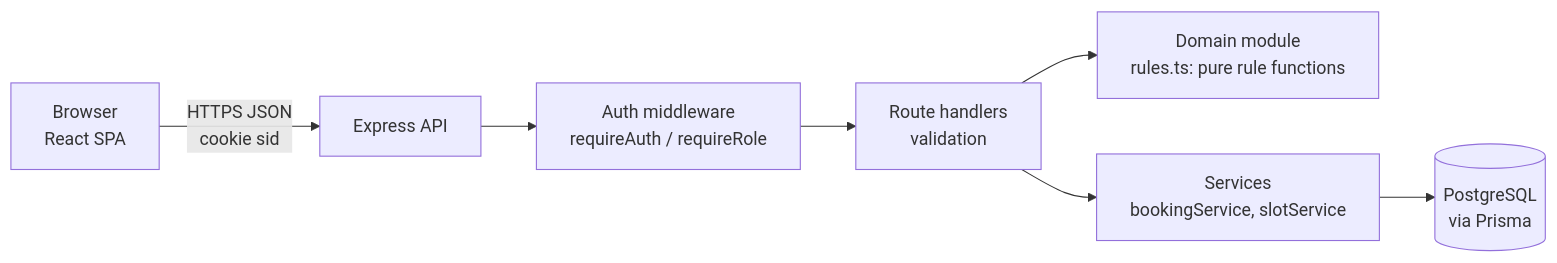
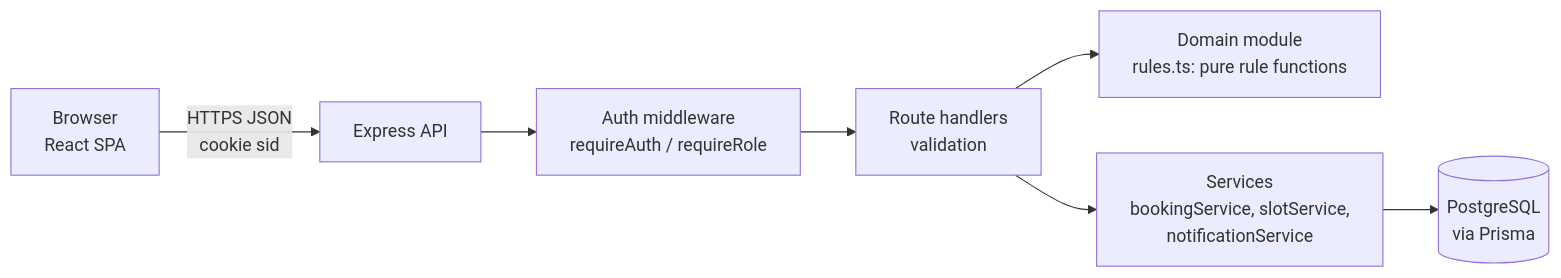
One commit to Chanat-888/AdviseSlot changed the first of 2 diagrams in docs/system-sds.md. Above: the diagram before and after it, drawn with Mermaid. The commit also changed other lines of this file, not shown here.

````diff
--- a/docs/system-sds.md
+++ b/docs/system-sds.md
@@ -31,9 +32,9 @@
 ```mermaid
 flowchart LR
   B[Browser<br/>React SPA] -- "HTTPS JSON<br/>cookie sid" --> A[Express API]
   A --> M[Auth middleware<br/>requireAuth / requireRole]
   M --> R[Route handlers<br/>validation]
   R --> D[Domain module<br/>rules.ts: pure rule functions]
-  R --> S[Services<br/>bookingService, slotService]
+  R --> S[Services<br/>bookingService, slotService,<br/>notificationService]
   S --> P[(PostgreSQL<br/>via Prisma)]
 ```
````
